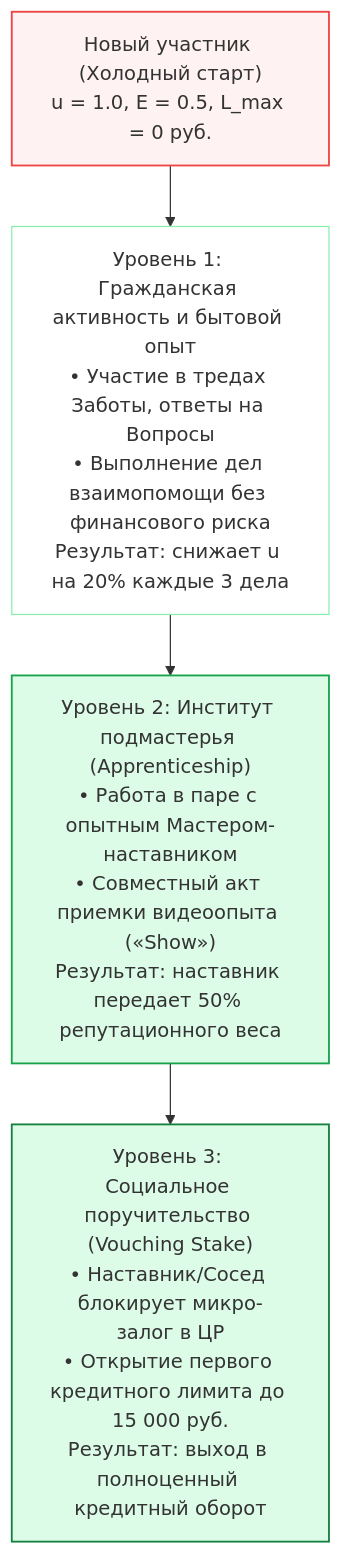
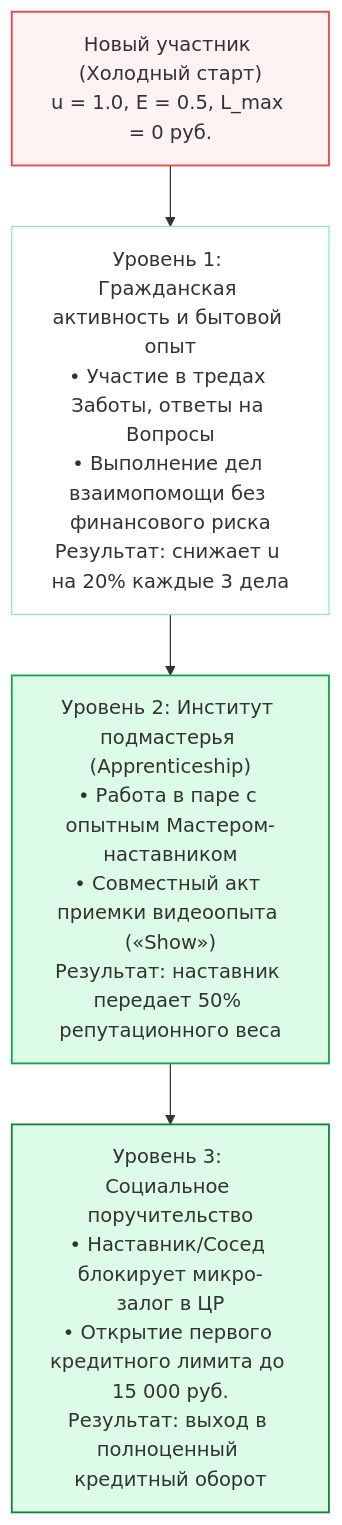
Before and after one commit to Data-Independence-Network/presentations: the eighth of 17 diagrams in shared_docs/whitepapers/applications/sapoto/Sapoto_Reputation_and_Credit_System_Specification.md, drawn with Mermaid. The commit also changed other lines of this file and 10 other files, not shown here.

````diff
--- a/shared_docs/whitepapers/applications/sapoto/Sapoto_Reputation_and_Credit_System_Specification.md
+++ b/shared_docs/whitepapers/applications/sapoto/Sapoto_Reputation_and_Credit_System_Specification.md
@@ -1071,11 +1095,11 @@
 ```mermaid
 graph TD
     NewUser["Новый участник (Холодный старт)<br/>u = 1.0, E = 0.5, L_max = 0 руб."] --> Stage1["Уровень 1: Гражданская активность и бытовой опыт<br/>• Участие в тредах Заботы, ответы на Вопросы<br/>• Выполнение дел взаимопомощи без финансового риска<br/>Результат: снижает u на 20% каждые 3 дела"]
     Stage1 --> Stage2["Уровень 2: Институт подмастерья (Apprenticeship)<br/>• Работа в паре с опытным Мастером-наставником<br/>• Совместный акт приемки видеоопыта («Show»)<br/>Результат: наставник передает 50% репутационного веса"]
-    Stage2 --> Stage3["Уровень 3: Социальное поручительство (Vouching Stake)<br/>• Наставник/Сосед блокирует микро-залог в ЦР<br/>• Открытие первого кредитного лимита до 15 000 руб.<br/>Результат: выход в полноценный кредитный оборот"]
+    Stage2 --> Stage3["Уровень 3: Социальное поручительство<br/>• Наставник/Сосед блокирует микро-залог в ЦР<br/>• Открытие первого кредитного лимита до 15 000 руб.<br/>Результат: выход в полноценный кредитный оборот"]
 
     style NewUser fill:#fef2f2,stroke:#ef4444,stroke-width:1.5px
     style Stage1 fill:#ffffff,stroke:#86efac,stroke-width:1px
     style Stage2 fill:#dcfce7,stroke:#16a34a,stroke-width:1.5px
     style Stage3 fill:#dcfce7,stroke:#15803d,stroke-width:1.5px
 ```
````
